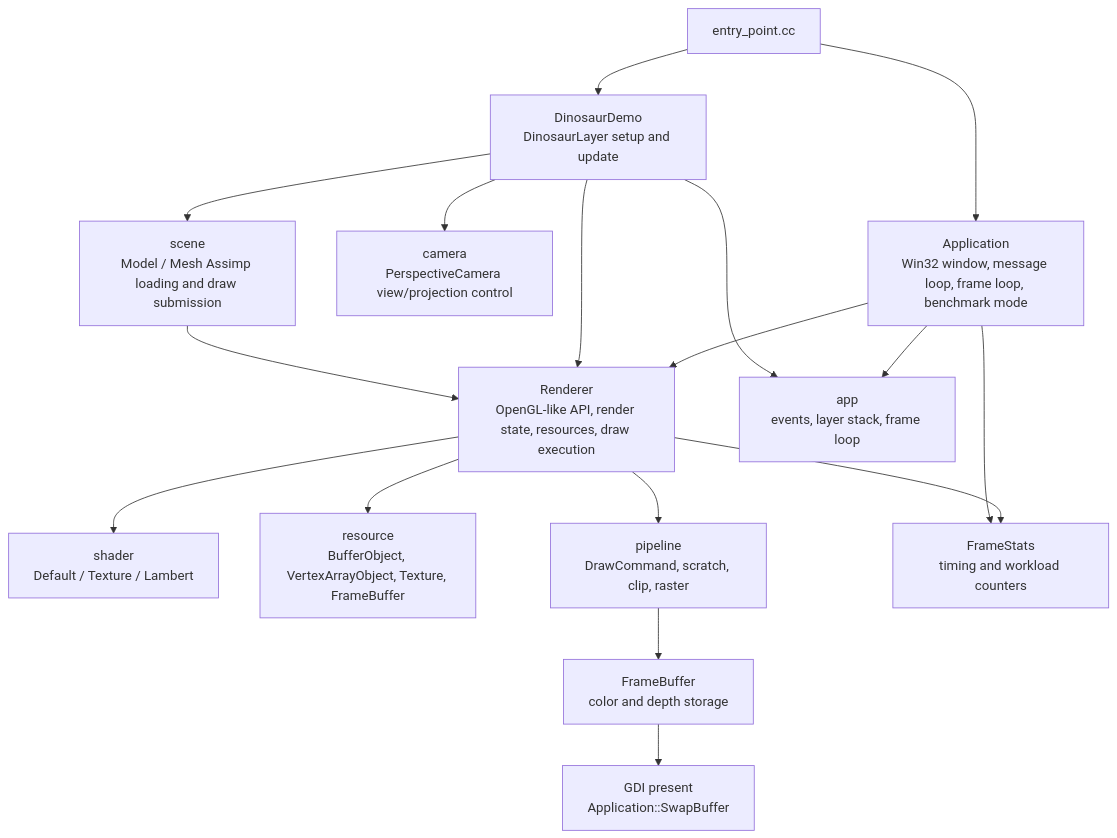
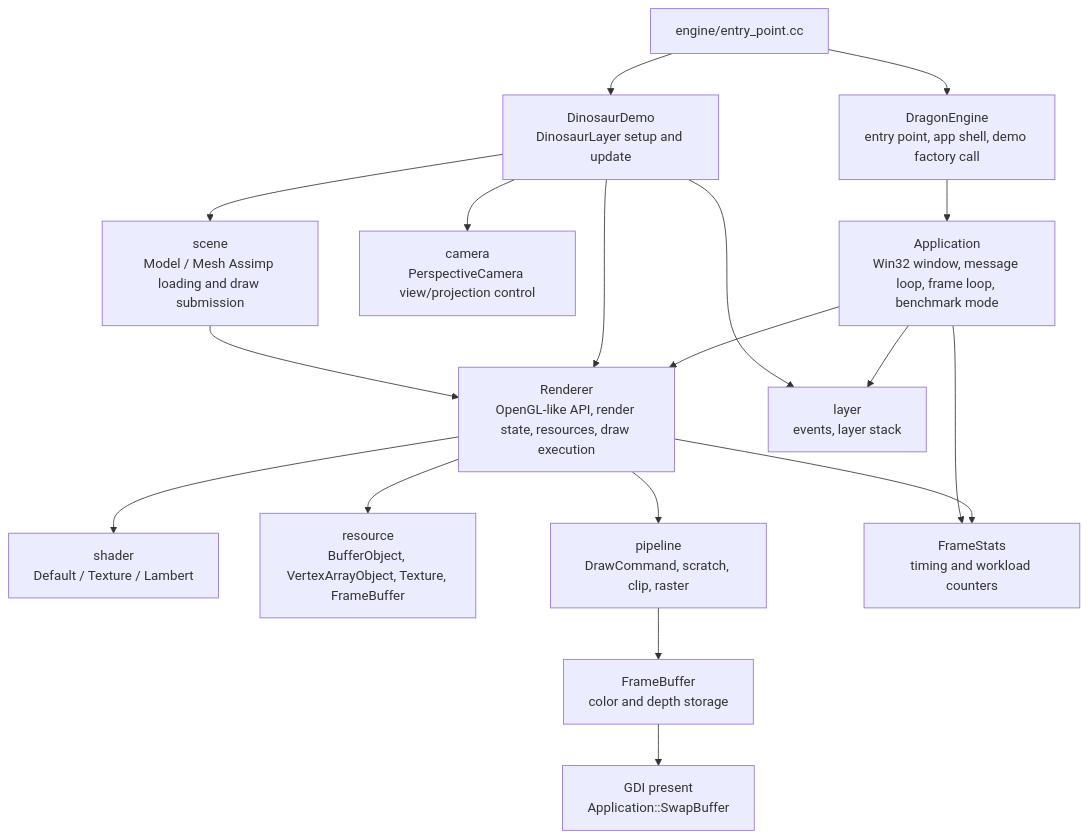
The first of 6 diagrams in docs/ARCHITECTURE.md (hangge1/DragonRenderer), drawn with Mermaid before and after one commit. The commit also changed other lines of this file and 17 other files, not shown here.

Commit message:
refactor: move application host into engine layer

````diff
--- a/docs/ARCHITECTURE.md
+++ b/docs/ARCHITECTURE.md
@@ -9,33 +9,35 @@
 ```mermaid
 flowchart TB
-    Entry["entry_point.cc"]
+    Entry["engine/entry_point.cc"]
+    Engine["DragonEngine<br/>entry point, app shell, demo factory call"]
     App["Application<br/>Win32 window, message loop, frame loop, benchmark mode"]
     DinosaurDemo["DinosaurDemo<br/>DinosaurLayer setup and update"]
     Renderer["Renderer<br/>OpenGL-like API, render state, resources, draw execution"]
-    AppLayer["app<br/>events, layer stack, frame loop"]
+    LayerSystem["layer<br/>events, layer stack"]
     Camera["camera<br/>PerspectiveCamera view/projection control"]
     Model["scene<br/>Model / Mesh Assimp loading and draw submission"]
     Shader["shader<br/>Default / Texture / Lambert"]
     Resources["resource<br/>BufferObject, VertexArrayObject, Texture, FrameBuffer"]
     Pipeline["pipeline<br/>DrawCommand, scratch, clip, raster"]
     FrameBuffer["FrameBuffer<br/>color and depth storage"]
     Present["GDI present<br/>Application::SwapBuffer"]
     Stats["FrameStats<br/>timing and workload counters"]
 
-    Entry --> App
+    Entry --> Engine
+    Engine --> App
     Entry --> DinosaurDemo
     App --> Renderer
-    App --> AppLayer
-    DinosaurDemo --> AppLayer
+    App --> LayerSystem
+    DinosaurDemo --> LayerSystem
     DinosaurDemo --> Camera
     DinosaurDemo --> Model
     DinosaurDemo --> Renderer
     Model --> Renderer
     Renderer --> Resources
     Renderer --> Shader
     Renderer --> Pipeline
     Pipeline --> FrameBuffer
     Renderer --> Stats
     App --> Stats
     FrameBuffer --> Present
 ```
````
